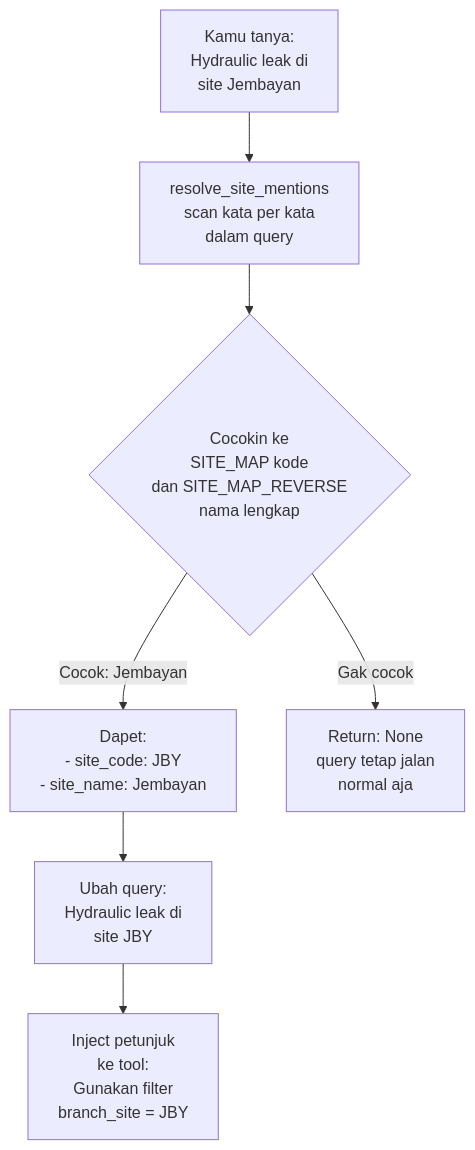
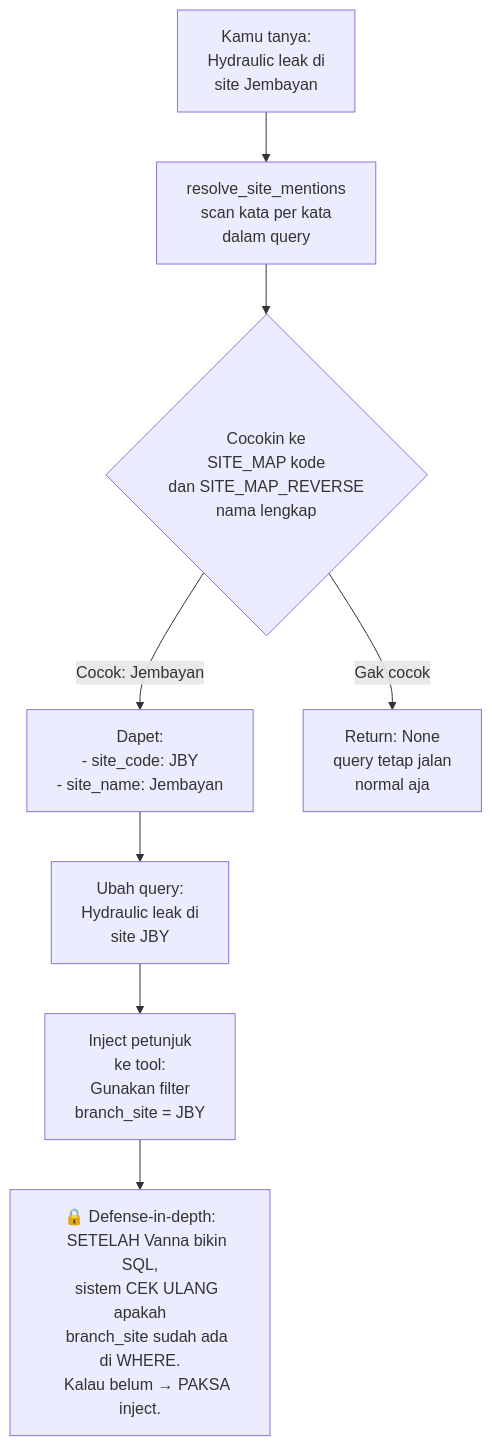
The diagram in docs/features/feature_site_mapping.md (iampraja16/RAGProductImprovement), drawn with Mermaid before and after one commit. The commit also changed other lines of this file and 23 other files, not shown here.

````diff
--- a/docs/features/feature_site_mapping.md
+++ b/docs/features/feature_site_mapping.md
@@ -32,30 +33,36 @@
 ```mermaid
 graph TD
     A[Kamu tanya:
 Hydraulic leak di
 site Jembayan] --> B[resolve_site_mentions
 scan kata per kata
 dalam query]
     
     B --> C{Cocokin ke
-SITE_MAP kode
-dan SITE_MAP_REVERSE
-nama lengkap}
+    SITE_MAP kode
+    dan SITE_MAP_REVERSE
+    nama lengkap}
     
     C -->|Cocok: Jembayan| D[Dapet:
-- site_code: JBY
-- site_name: Jembayan]
+    - site_code: JBY
+    - site_name: Jembayan]
     
     C -->|Gak cocok| E[Return: None
-query tetap jalan
-normal aja]
+    query tetap jalan
+    normal aja]
     
     D --> F[Ubah query:
-Hydraulic leak di
-site JBY]
+    Hydraulic leak di
+    site JBY]
     
     F --> G[Inject petunjuk
-ke tool:
-Gunakan filter
-branch_site = JBY]
+    ke tool:
+    Gunakan filter
+    branch_site = JBY]
+    
+    G --> H[🔒 Defense-in-depth:
+    SETELAH Vanna bikin SQL,
+    sistem CEK ULANG apakah
+    branch_site sudah ada di WHERE.
+    Kalau belum → PAKSA inject.]
 ```
````
